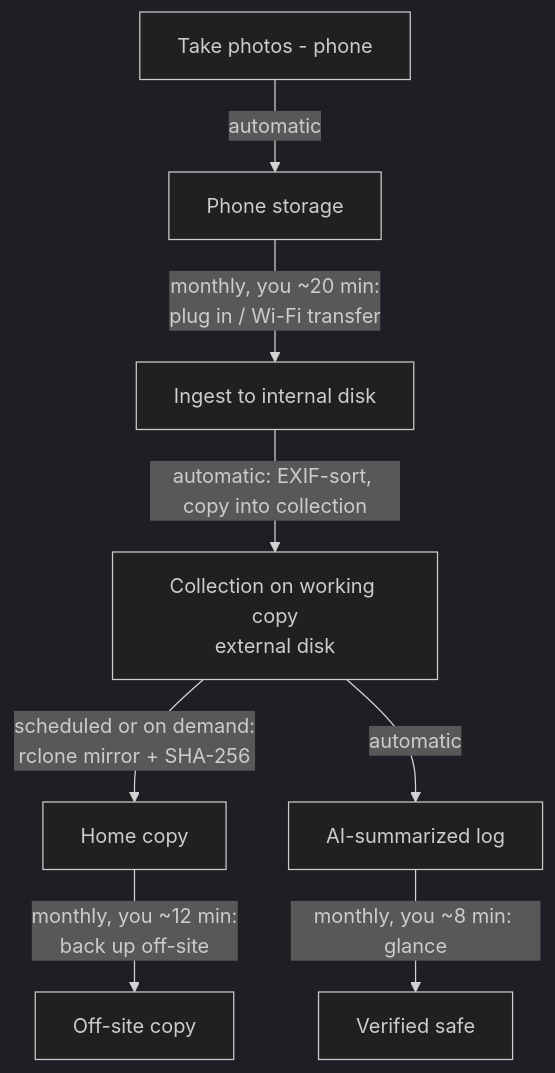
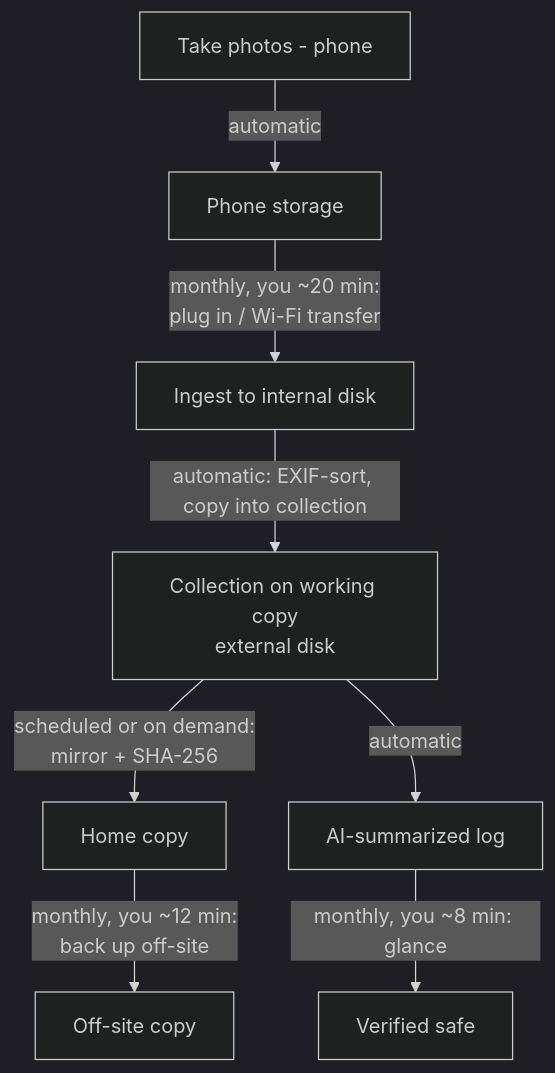
The second of 2 diagrams in docs/design-record.md (NikoAri/turbo-collection), drawn with Mermaid (dark theme) before and after one commit. The commit also changed other lines of this file and 6 other files, not shown here.

````diff
--- a/docs/design-record.md
+++ b/docs/design-record.md
@@ -516,10 +516,10 @@
 ```mermaid
 flowchart TD
     A[Take photos - phone] -->|automatic| B[Phone storage]
     B -->|monthly, you ~20 min:<br/>plug in / Wi-Fi transfer| C[Ingest to internal disk]
     C -->|automatic: EXIF-sort, copy into collection| D[Collection on working copy<br/>external disk]
-    D -->|scheduled or on demand:<br/>rclone mirror + SHA-256| E[Home copy]
+    D -->|scheduled or on demand:<br/>mirror + SHA-256| E[Home copy]
     E -->|monthly, you ~12 min:<br/>back up off-site| F[Off-site copy]
     D -->|automatic| G[AI-summarized log]
     G -->|monthly, you ~8 min: glance| H[Verified safe]
 ```
````
